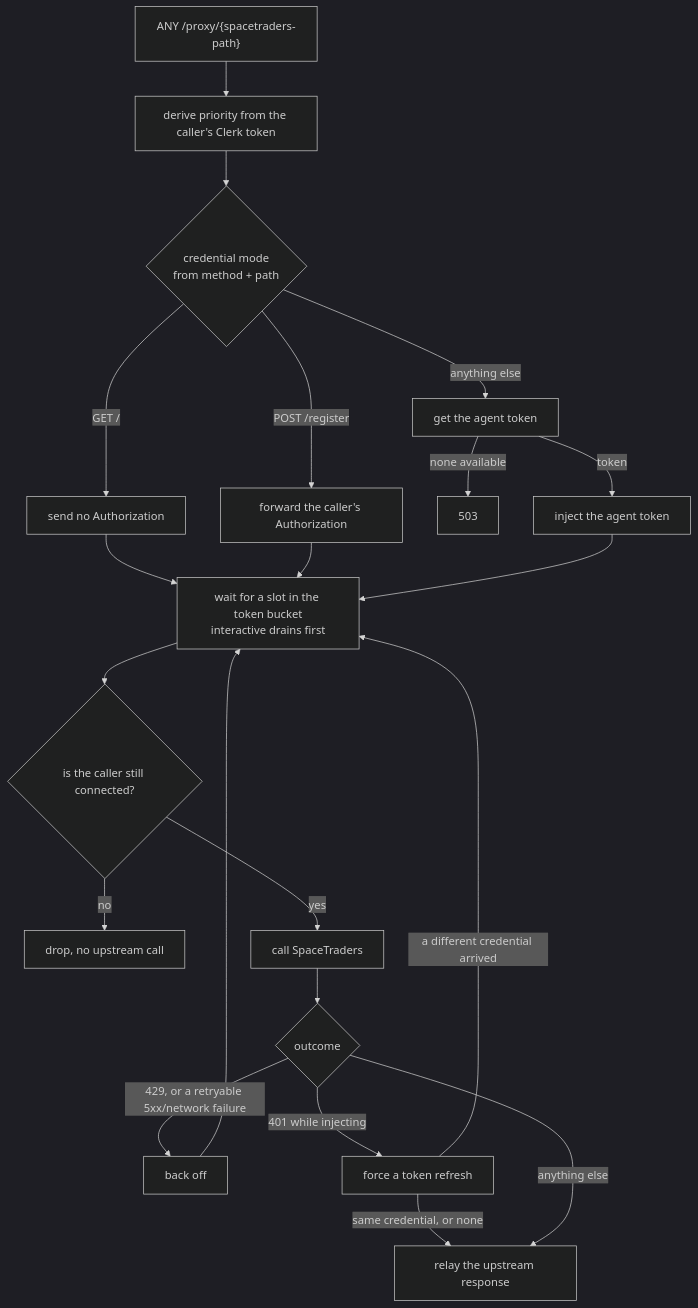
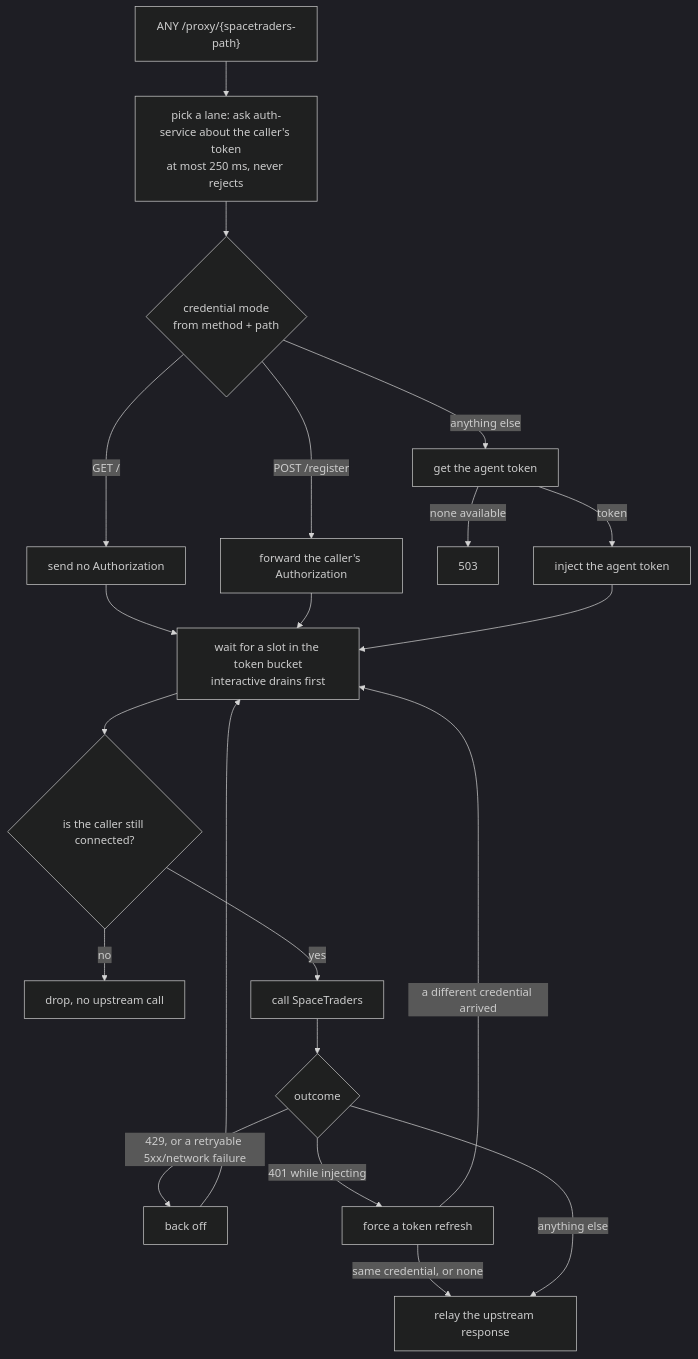
Before and after one commit to V-M-Pioneer-Trading/st-gateway: the second of 3 diagrams in README.md, drawn with Mermaid (dark theme). The commit also changed other lines of this file and 17 other files, not shown here.

First line of the commit message:
Derive the lane from auth-service's answer, never a verdict (meta#80 step 9) (#11)

````diff
--- a/README.md
+++ b/README.md
@@ -55,23 +63,23 @@
 ```mermaid
 flowchart TD
-  A["ANY /proxy/{spacetraders-path}"] --> B["derive priority from the caller's Clerk token"]
+  A["ANY /proxy/{spacetraders-path}"] --> B["pick a lane: ask auth-service about the caller's token<br/>at most 250 ms, never rejects"]
   B --> C{"credential mode<br/>from method + path"}
   C -- "GET /" --> D["send no Authorization"]
   C -- "POST /register" --> E["forward the caller's Authorization"]
   C -- "anything else" --> F["get the agent token"]
   F -- "none available" --> G["503"]
   F -- "token" --> H["inject the agent token"]
   D --> Q
   E --> Q
   H --> Q["wait for a slot in the token bucket<br/>interactive drains first"]
   Q --> R{"is the caller still connected?"}
   R -- "no" --> S["drop, no upstream call"]
   R -- "yes" --> T["call SpaceTraders"]
   T --> U{"outcome"}
   U -- "429, or a retryable 5xx/network failure" --> V["back off"]
   U -- "401 while injecting" --> W["force a token refresh"]
   W -- "a different credential arrived" --> Q
   W -- "same credential, or none" --> X["relay the upstream response"]
   U -- "anything else" --> X
   V --> Q
 ```
````
